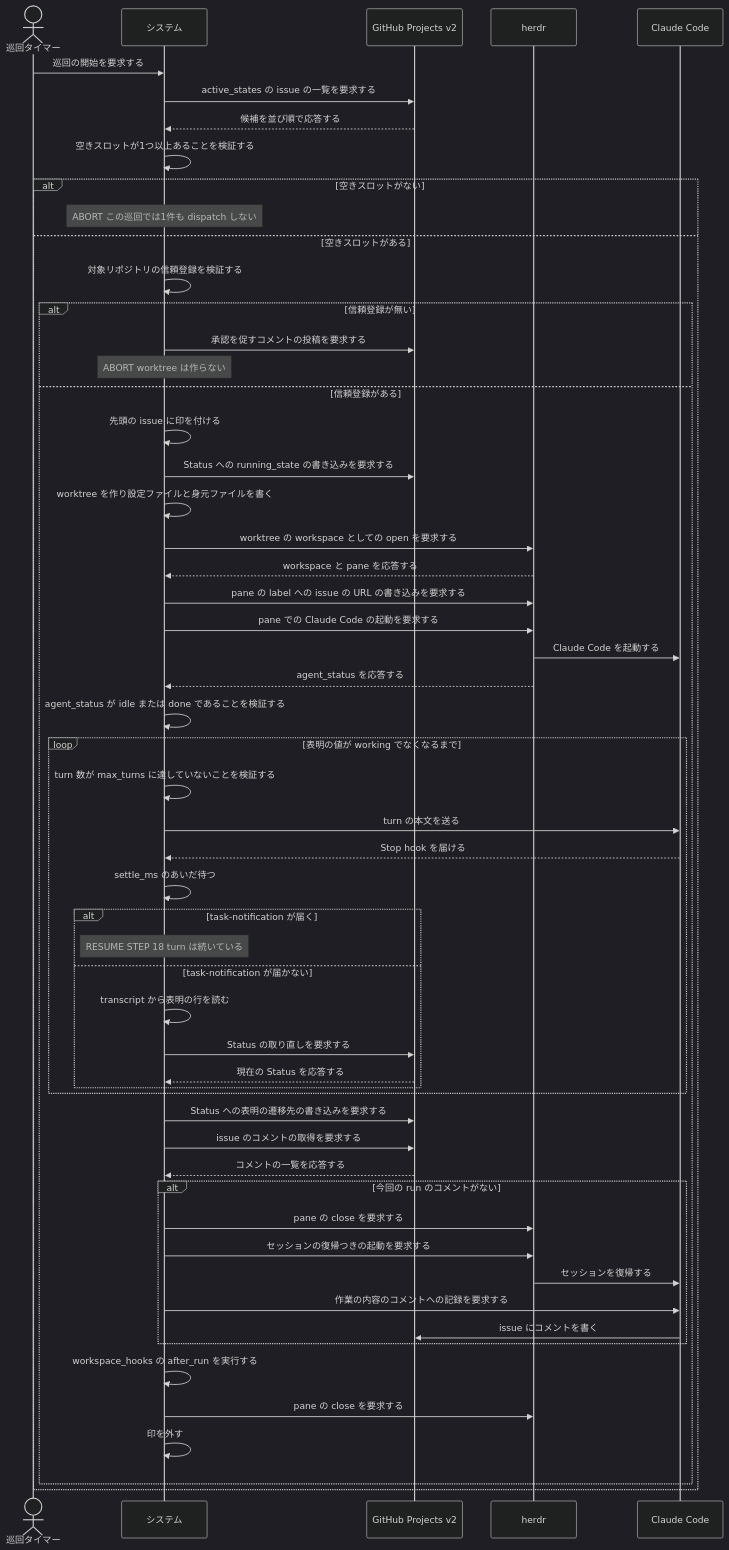
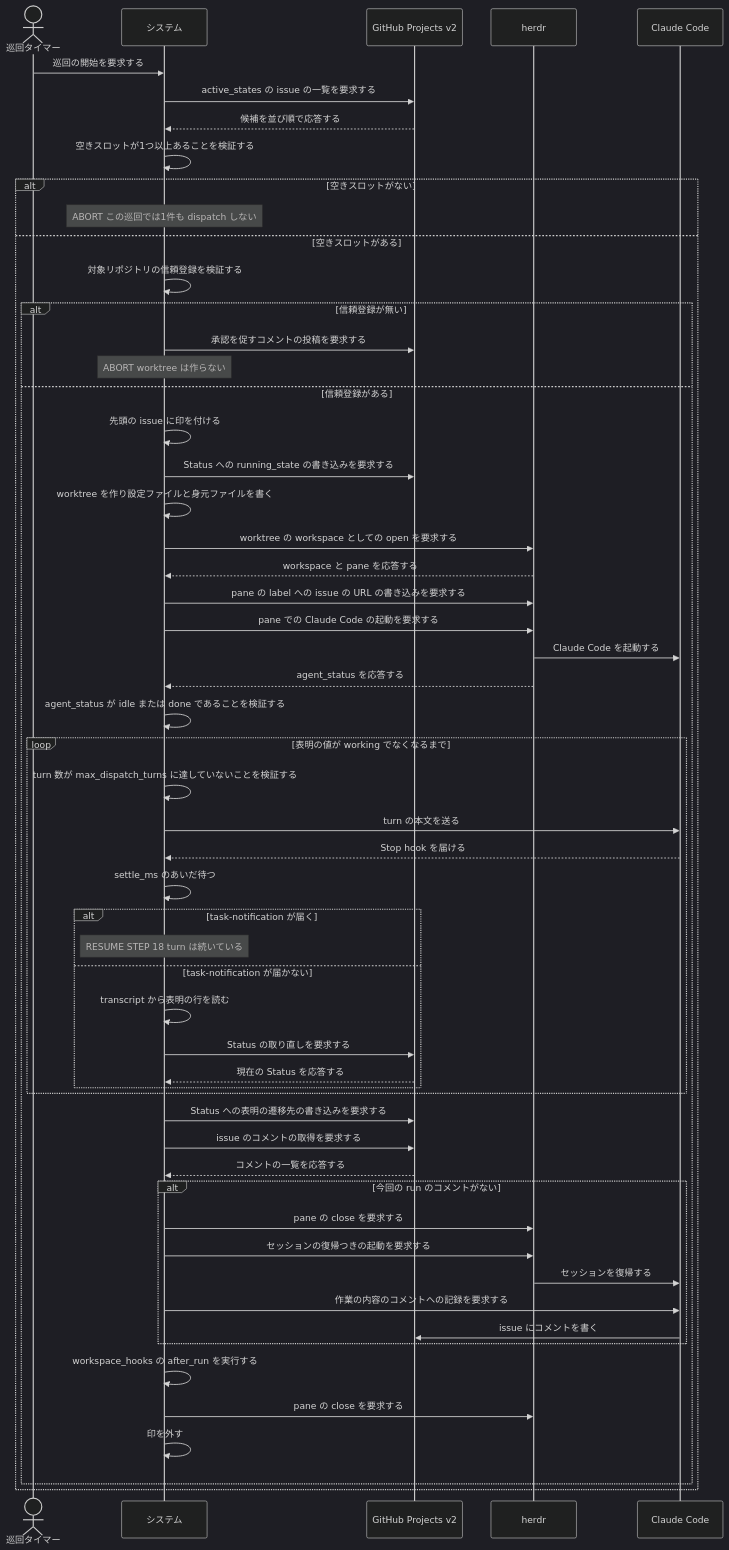
Before and after one commit to maimuzo/continuo: the second of 2 diagrams in docs/spec/usecases/particular_case/issue を1件処理する.rucm.md, drawn with Mermaid (dark theme). The commit also changed other lines of this file and 41 other files, not shown here.

````diff
--- a/docs/spec/usecases/particular_case/issue を1件処理する.rucm.md
+++ b/docs/spec/usecases/particular_case/issue を1件処理する.rucm.md
@@ -257,59 +257,59 @@
 ```mermaid
 sequenceDiagram
     actor T as 巡回タイマー
     participant S as システム
     participant GH as GitHub Projects v2
     participant H as herdr
     participant CC as Claude Code
 
     T->>S: 巡回の開始を要求する
     S->>GH: active_states の issue の一覧を要求する
     GH-->>S: 候補を並び順で応答する
     S->>S: 空きスロットが1つ以上あることを検証する
     alt 空きスロットがない
         Note over S: ABORT この巡回では1件も dispatch しない
     else 空きスロットがある
         S->>S: 対象リポジトリの信頼登録を検証する
         alt 信頼登録が無い
             S->>GH: 承認を促すコメントの投稿を要求する
             Note over S: ABORT worktree は作らない
         else 信頼登録がある
             S->>S: 先頭の issue に印を付ける
             S->>GH: Status への running_state の書き込みを要求する
             S->>S: worktree を作り設定ファイルと身元ファイルを書く
             S->>H: worktree の workspace としての open を要求する
             H-->>S: workspace と pane を応答する
             S->>H: pane の label への issue の URL の書き込みを要求する
             S->>H: pane での Claude Code の起動を要求する
             H->>CC: Claude Code を起動する
             H-->>S: agent_status を応答する
             S->>S: agent_status が idle または done であることを検証する
             loop 表明の値が working でなくなるまで
-                S->>S: turn 数が max_turns に達していないことを検証する
+                S->>S: turn 数が max_dispatch_turns に達していないことを検証する
                 S->>CC: turn の本文を送る
                 CC-->>S: Stop hook を届ける
                 S->>S: settle_ms のあいだ待つ
                 alt task-notification が届く
                     Note over S: RESUME STEP 18 turn は続いている
                 else task-notification が届かない
                     S->>S: transcript から表明の行を読む
                     S->>GH: Status の取り直しを要求する
                     GH-->>S: 現在の Status を応答する
                 end
             end
             S->>GH: Status への表明の遷移先の書き込みを要求する
             S->>GH: issue のコメントの取得を要求する
             GH-->>S: コメントの一覧を応答する
             alt 今回の run のコメントがない
                 S->>H: pane の close を要求する
                 S->>H: セッションの復帰つきの起動を要求する
                 H->>CC: セッションを復帰する
                 S->>CC: 作業の内容のコメントへの記録を要求する
                 CC->>GH: issue にコメントを書く
             end
             S->>S: workspace_hooks の after_run を実行する
             S->>H: pane の close を要求する
             S->>S: 印を外す
         end
     end
 ```
````
